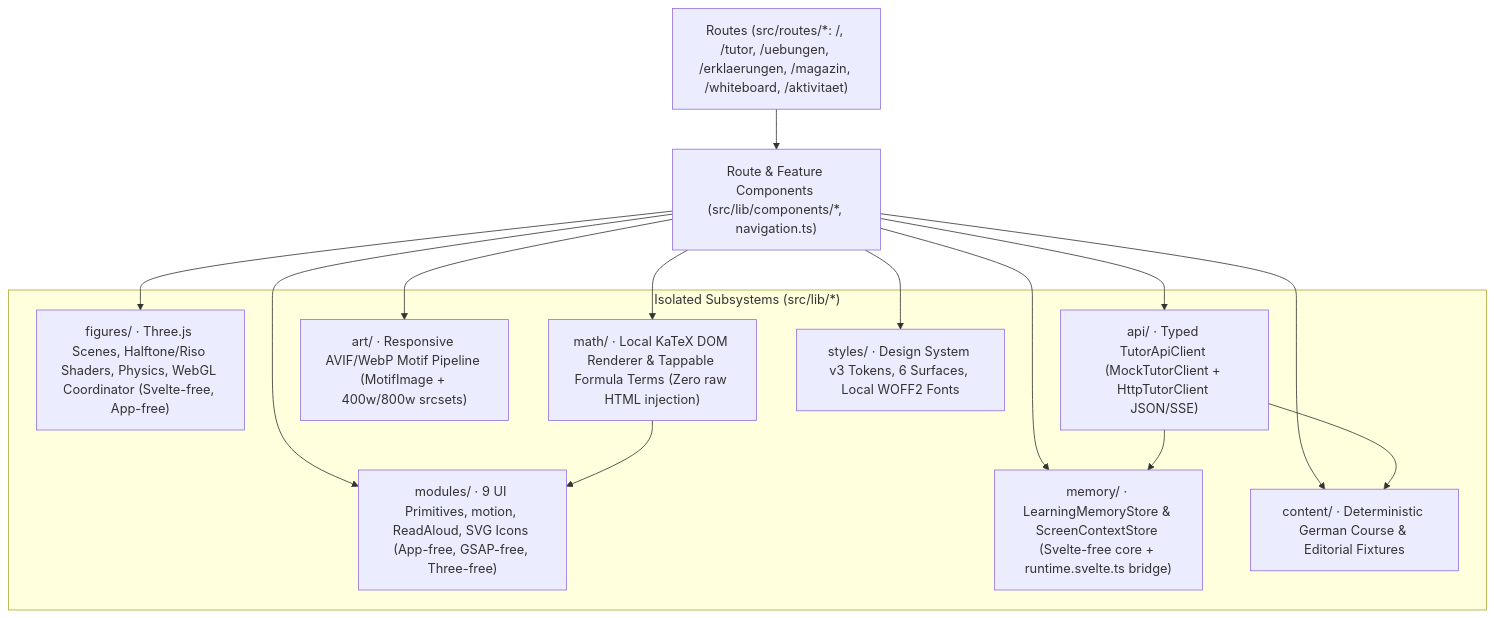
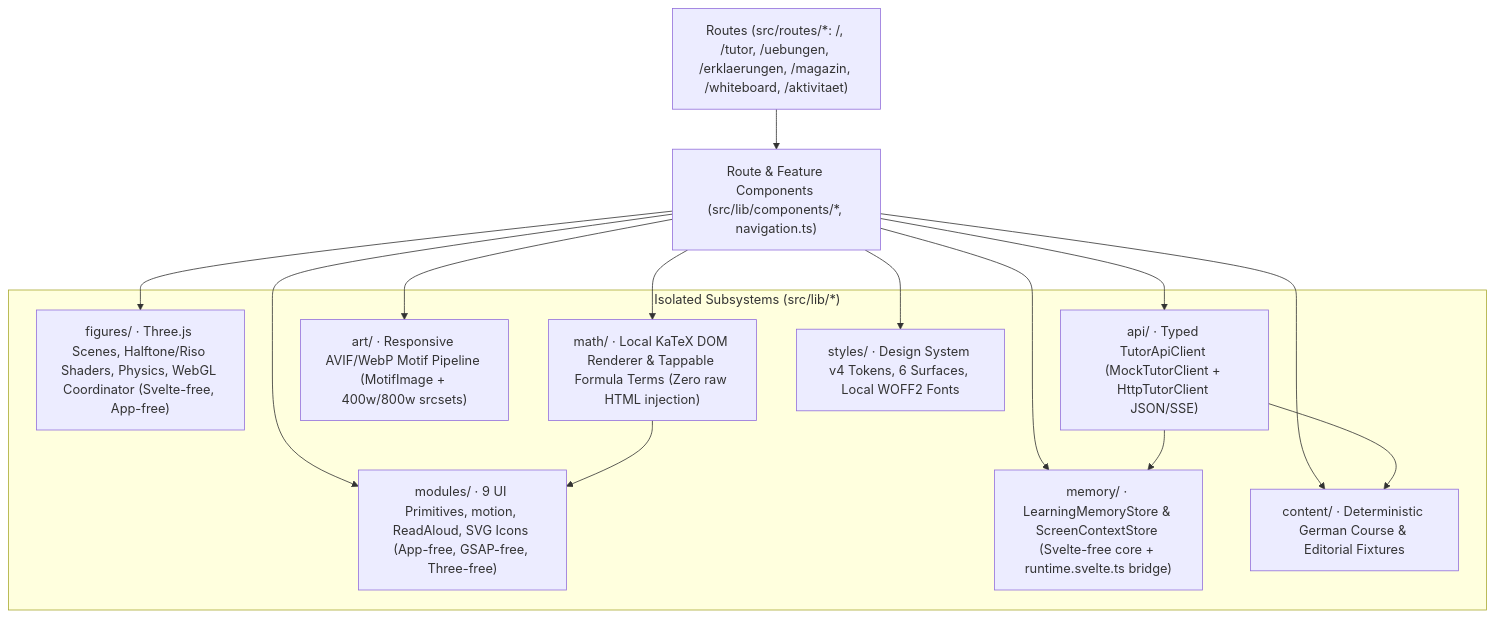
One commit to dweigend/ai-tutor-app changed the diagram in docs/ARCHITECTURE.md. Above: the diagram before and after it, drawn with Mermaid. The commit also changed other lines of this file and 222 other files, not shown here.

````diff
--- a/docs/ARCHITECTURE.md
+++ b/docs/ARCHITECTURE.md
@@ -9,30 +9,30 @@
 ```mermaid
 flowchart TD
     Routes["Routes (src/routes/*: /, /tutor, /uebungen, /erklaerungen, /magazin, /whiteboard, /aktivitaet)"]
     Components["Route & Feature Components (src/lib/components/*, navigation.ts)"]
 
     subgraph IsolatedSubsystems["Isolated Subsystems (src/lib/*)"]
         Modules["modules/ · 9 UI Primitives, motion, ReadAloud, SVG Icons (App-free, GSAP-free, Three-free)"]
         Figures["figures/ · Three.js Scenes, Halftone/Riso Shaders, Physics, WebGL Coordinator (Svelte-free, App-free)"]
         Memory["memory/ · LearningMemoryStore & ScreenContextStore (Svelte-free core + runtime.svelte.ts bridge)"]
         Math["math/ · Local KaTeX DOM Renderer & Tappable Formula Terms (Zero raw HTML injection)"]
         Art["art/ · Responsive AVIF/WebP Motif Pipeline (MotifImage + 400w/800w srcsets)"]
         Api["api/ · Typed TutorApiClient (MockTutorClient + HttpTutorClient JSON/SSE)"]
         Content["content/ · Deterministic German Course & Editorial Fixtures"]
-        Styles["styles/ · Design System v3 Tokens, 6 Surfaces, Local WOFF2 Fonts"]
+        Styles["styles/ · Design System v4 Tokens, 6 Surfaces, Local WOFF2 Fonts"]
     end
 
     Routes --> Components
     Components --> Modules
     Components --> Figures
     Components --> Memory
     Components --> Math
     Components --> Art
     Components --> Api
     Components --> Content
     Components --> Styles
 
     Api --> Memory
     Api --> Content
     Math --> Modules
 ```
````
